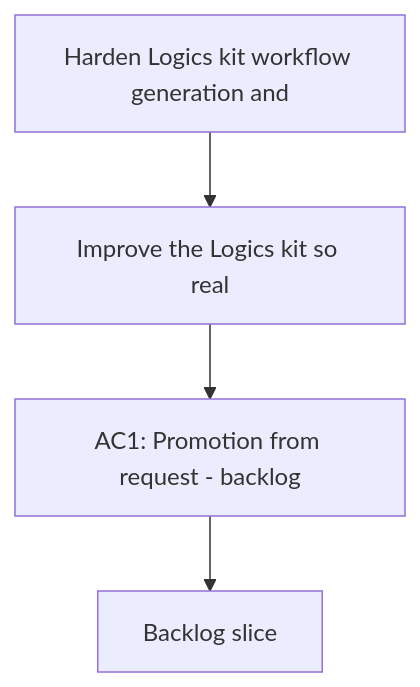
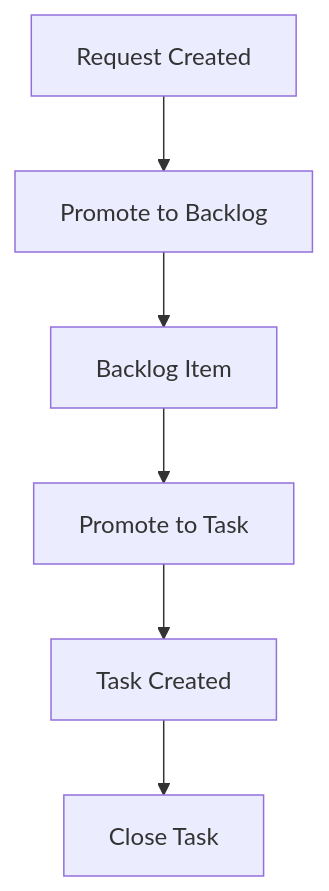
Before and after one commit to AlexAgo83/logics-manager: the diagram in logics/request/req_025_harden_logics_kit_workflow_generation_and_governance_from_real_usage.md, drawn with Mermaid. The commit also changed other lines of this file and 54 other files, not shown here.

````diff
--- a/logics/request/req_025_harden_logics_kit_workflow_generation_and_governance_from_real_usage.md
+++ b/logics/request/req_025_harden_logics_kit_workflow_generation_and_governance_from_real_usage.md
@@ -55,8 +55,10 @@
 ```mermaid
 %% logics-kind: request
 %% logics-signature: request|harden-logics-kit-workflow-generation-an|improve-the-logics-kit-so-real|ac1-promotion-from-request-backlog
 flowchart TD
-    Trigger[Harden Logics kit workflow generation and] --> Need[Improve the Logics kit so real]
-    Need --> Outcome[AC1: Promotion from request - backlog]
-    Outcome --> Backlog[Backlog slice]
+    Request[Request Created] --> Promote1[Promote to Backlog]
+    Promote1 --> Backlog[Backlog Item]
+    Backlog --> Promote2[Promote to Task]
+    Promote2 --> Task[Task Created]
+    Task --> Close[Close Task]
 ```
````
